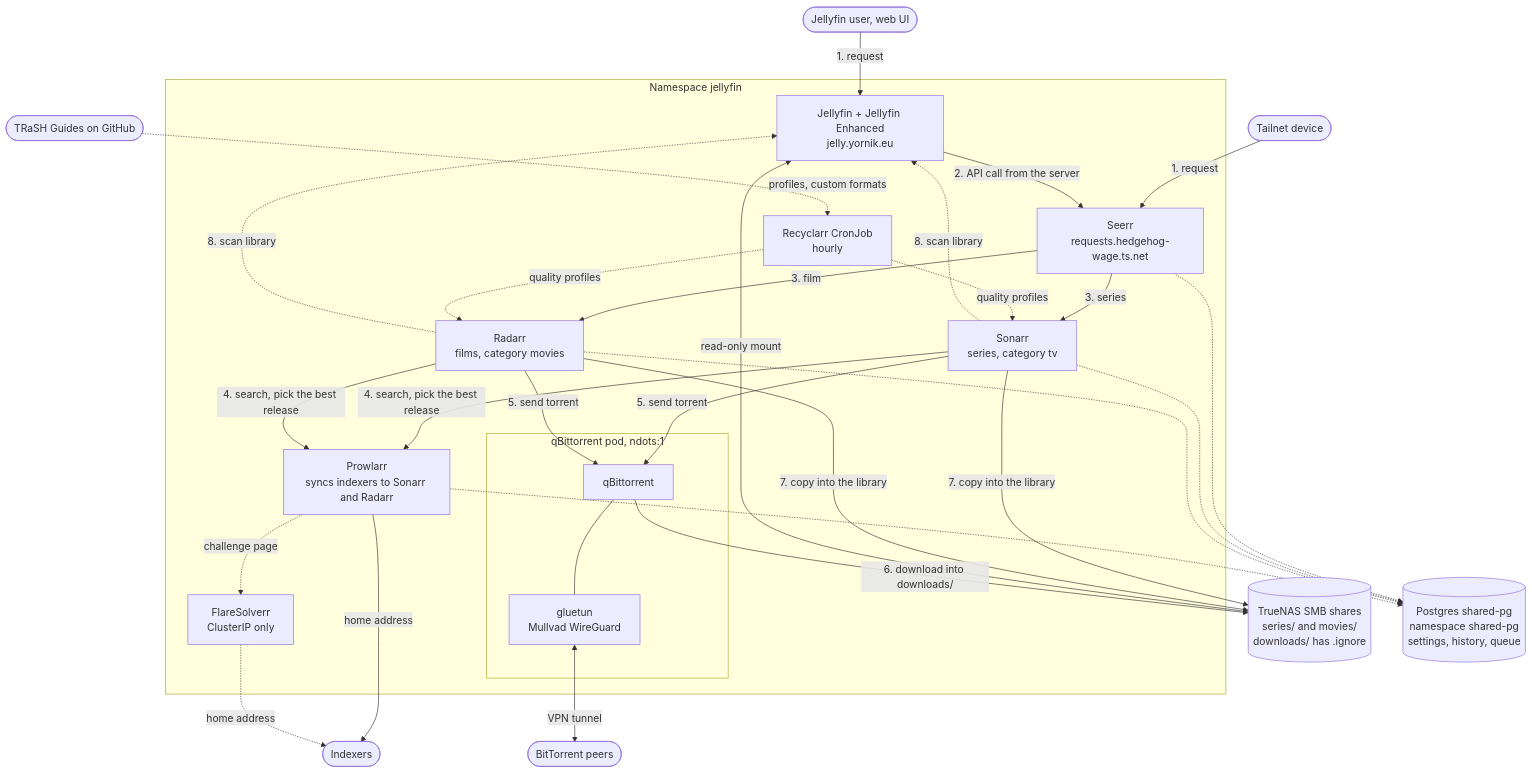
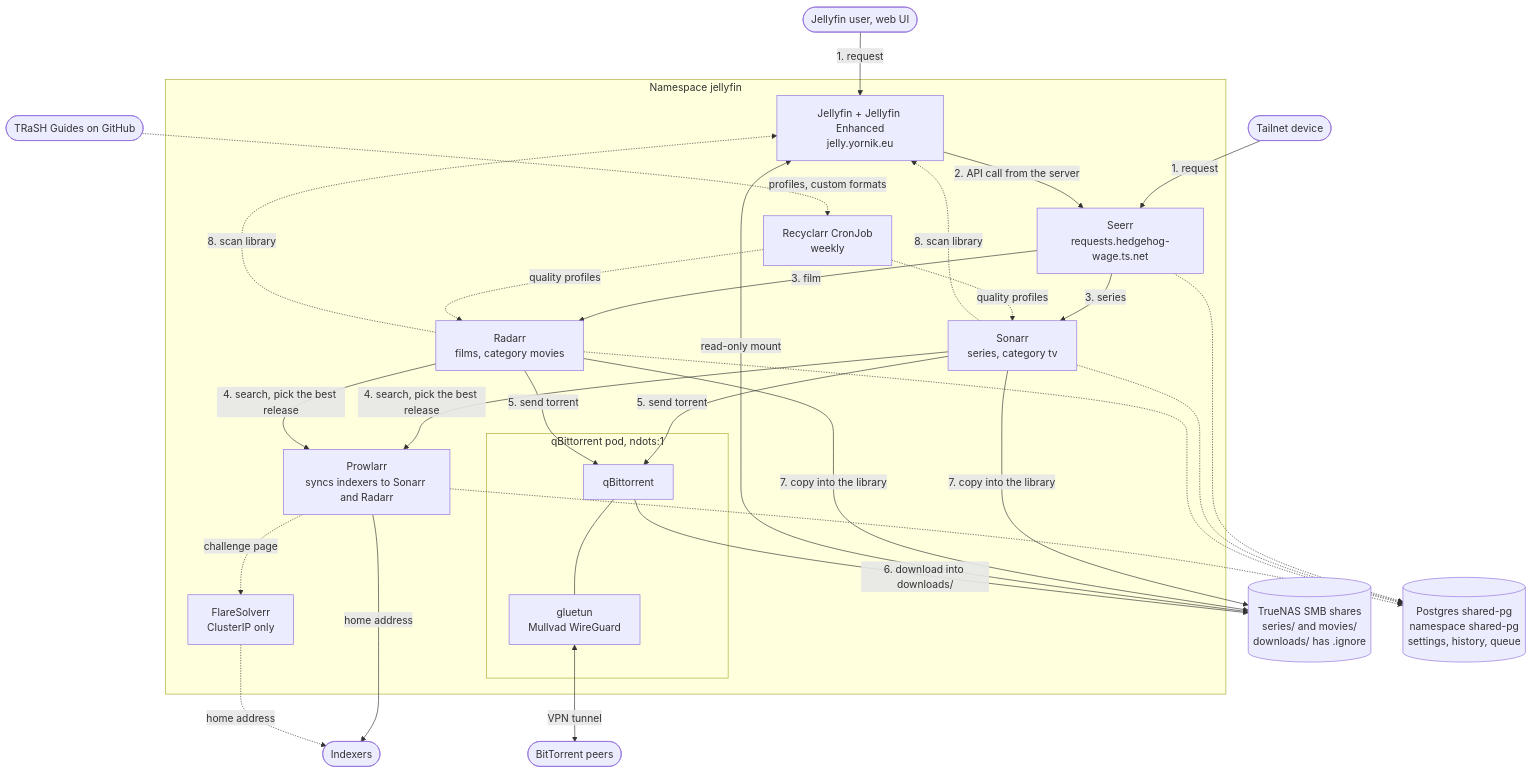
One commit to Yornik/sharkshere-gitops changed the second of 3 diagrams in docs/tech/README.md. Above: the diagram before and after it, drawn with Mermaid. The commit also changed other lines of this file and 2 other files, not shown here.

Commit message:
feat(recyclarr): sync once a week instead of every hour
The TRaSH Guides change rarely. An hourly job also gave an hourly chance
to fail during a NAS outage (KubeJobFailed on 2026-11-01).

````diff
--- a/docs/tech/README.md
+++ b/docs/tech/README.md
@@ -86,42 +86,42 @@
 ```mermaid
 flowchart TB
   User([Jellyfin user, web UI])
   TailUser([Tailnet device])
 
   subgraph NS["Namespace jellyfin"]
     Jellyfin["Jellyfin + Jellyfin Enhanced<br/>jelly.yornik.eu"]
     Seerr["Seerr<br/>requests.hedgehog-wage.ts.net"]
     Sonarr["Sonarr<br/>series, category tv"]
     Radarr["Radarr<br/>films, category movies"]
     Prowlarr["Prowlarr<br/>syncs indexers to Sonarr and Radarr"]
     Flare["FlareSolverr<br/>ClusterIP only"]
-    Recyclarr["Recyclarr CronJob<br/>hourly"]
+    Recyclarr["Recyclarr CronJob<br/>weekly"]
     subgraph QB["qBittorrent pod, ndots:1"]
       QBit["qBittorrent"] --- Gluetun["gluetun<br/>Mullvad WireGuard"]
     end
   end
 
   NAS[("TrueNAS SMB shares<br/>series/ and movies/<br/>downloads/ has .ignore")]
   PG[("Postgres shared-pg<br/>namespace shared-pg<br/>settings, history, queue")]
   Indexers([Indexers])
   Peers([BitTorrent peers])
   Trash([TRaSH Guides on GitHub])
 
   User -->|1. request| Jellyfin
   TailUser -->|1. request| Seerr
   Jellyfin -->|"2. API call from the server"| Seerr
   Seerr -->|3. series| Sonarr
   Seerr -->|3. film| Radarr
   Sonarr & Radarr -->|"4. search, pick the best release"| Prowlarr
   Prowlarr -->|"home address"| Indexers
   Prowlarr -.->|"challenge page"| Flare -.->|"home address"| Indexers
   Sonarr & Radarr -->|5. send torrent| QBit
   Gluetun <-->|"VPN tunnel"| Peers
   QBit -->|"6. download into downloads/"| NAS
   Sonarr & Radarr -->|"7. copy into the library"| NAS
   Sonarr & Radarr -.->|"8. scan library"| Jellyfin
   NAS -->|"read-only mount"| Jellyfin
   Seerr & Sonarr & Radarr & Prowlarr -.-> PG
   Trash -.->|"profiles, custom formats"| Recyclarr
   Recyclarr -.->|"quality profiles"| Sonarr & Radarr
 ```
````
